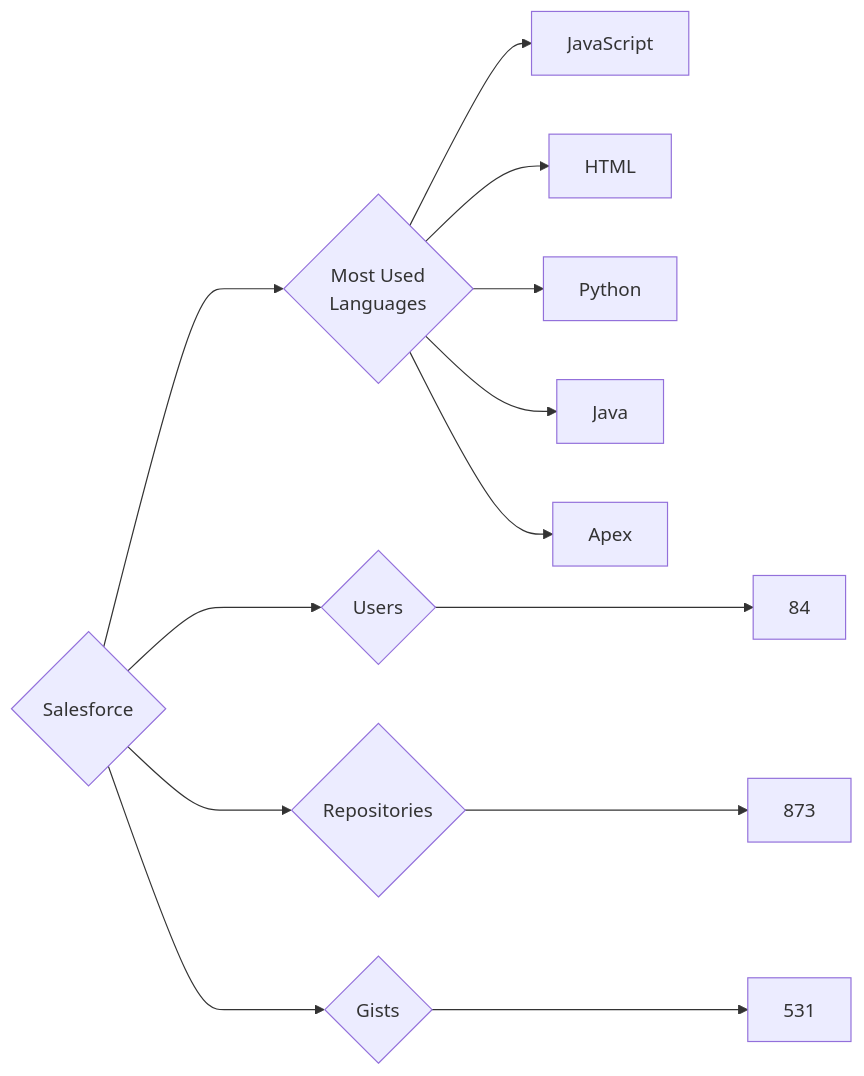
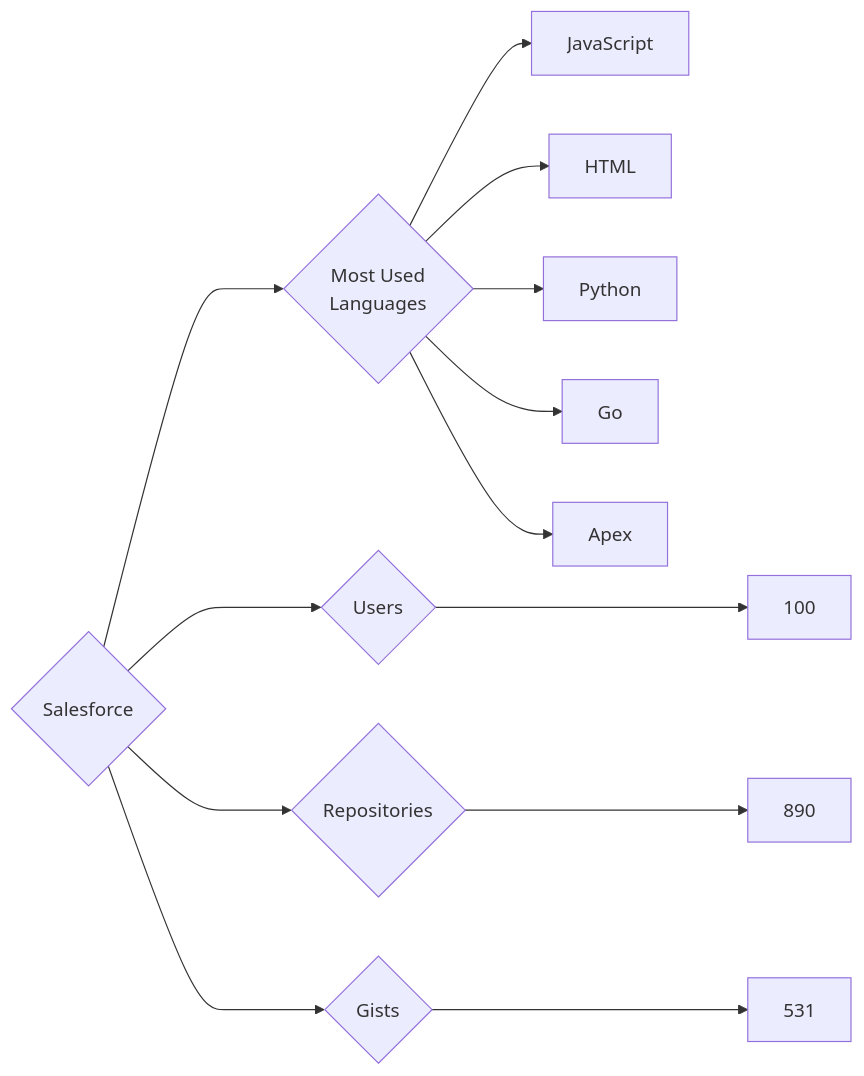
Before and after one commit to trickest/insiders: the diagram in targets/Salesforce/README.md, drawn with Mermaid. The commit also changed 895 other files, not shown here.

````diff
--- a/targets/Salesforce/README.md
+++ b/targets/Salesforce/README.md
@@ -3,13 +3,13 @@
 ```mermaid
 graph LR
 COMPANY_NAME{Salesforce}
-COMPANY_NAME ---> U{Users} ---> UN[84]
-COMPANY_NAME ---> R{Repositories} ---> RN[873]
+COMPANY_NAME ---> U{Users} ---> UN[100]
+COMPANY_NAME ---> R{Repositories} ---> RN[890]
 COMPANY_NAME ---> G{Gists} ---> GN[531]
 COMPANY_NAME ---> ML{Most Used<br>Languages}
 ML --> JavaScript[JavaScript]
 ML --> HTML[HTML]
 ML --> Python[Python]
-ML --> Java[Java]
+ML --> Go[Go]
 ML --> Apex[Apex]
 ```
````
